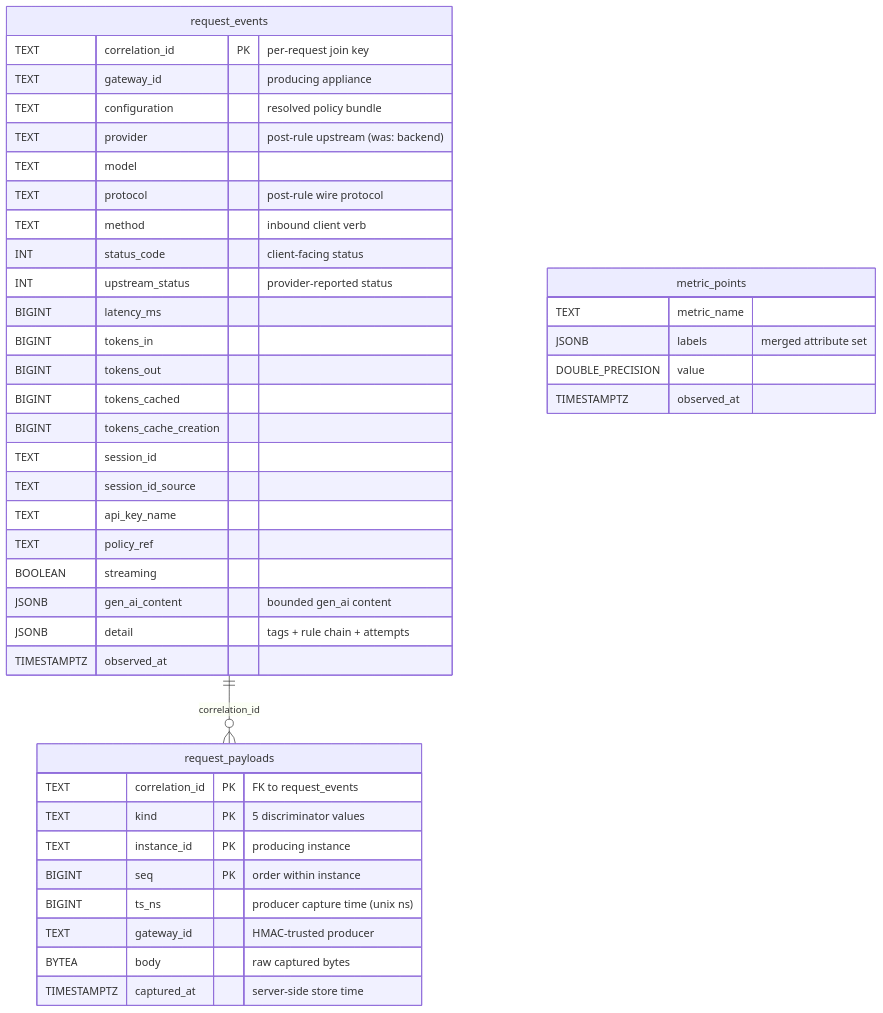
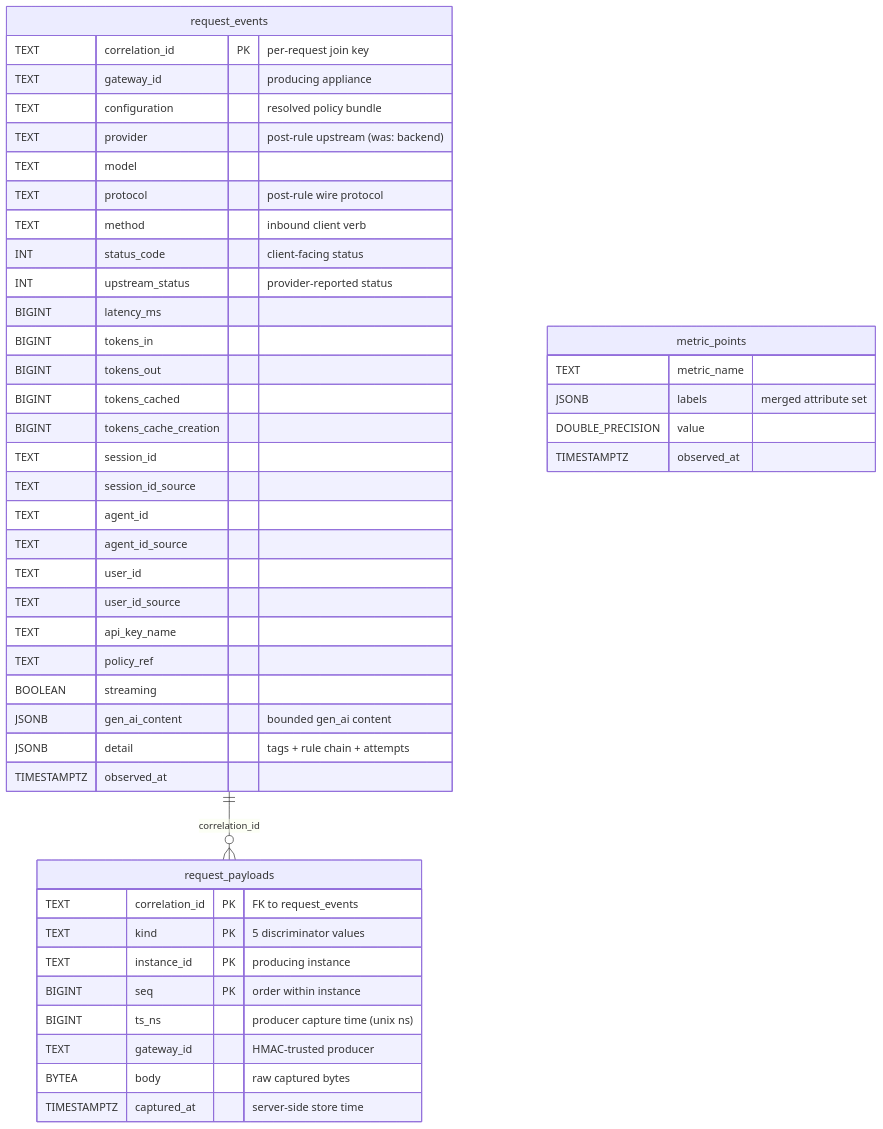
The first of 2 diagrams in docs/telemetry-database-schema.md (andyjmorgan/slipspace-gateway), drawn with Mermaid before and after one commit. The commit also changed other lines of this file and 41 other files, not shown here.

First line of the commit message:
feat(observability): add configurable agent id + user id (request-identity headers) (#271)

````diff
--- a/docs/telemetry-database-schema.md
+++ b/docs/telemetry-database-schema.md
@@ -36,44 +36,48 @@
 ```mermaid
 erDiagram
     request_events ||--o{ request_payloads : "correlation_id"
     request_events {
         TEXT        correlation_id PK "per-request join key"
         TEXT        gateway_id "producing appliance"
         TEXT        configuration "resolved policy bundle"
         TEXT        provider "post-rule upstream (was: backend)"
         TEXT        model
         TEXT        protocol "post-rule wire protocol"
         TEXT        method "inbound client verb"
         INT         status_code "client-facing status"
         INT         upstream_status "provider-reported status"
         BIGINT      latency_ms
         BIGINT      tokens_in
         BIGINT      tokens_out
         BIGINT      tokens_cached
         BIGINT      tokens_cache_creation
         TEXT        session_id
         TEXT        session_id_source
+        TEXT        agent_id
+        TEXT        agent_id_source
+        TEXT        user_id
+        TEXT        user_id_source
         TEXT        api_key_name
         TEXT        policy_ref
         BOOLEAN     streaming
         JSONB       gen_ai_content "bounded gen_ai content"
         JSONB       detail "tags + rule chain + attempts"
         TIMESTAMPTZ observed_at
     }
     request_payloads {
         TEXT        correlation_id PK "FK to request_events"
         TEXT        kind PK "5 discriminator values"
         TEXT        instance_id PK "producing instance"
         BIGINT      seq PK "order within instance"
         BIGINT      ts_ns "producer capture time (unix ns)"
         TEXT        gateway_id "HMAC-trusted producer"
         BYTEA       body "raw captured bytes"
         TIMESTAMPTZ captured_at "server-side store time"
     }
     metric_points {
         TEXT             metric_name
         JSONB            labels "merged attribute set"
         DOUBLE_PRECISION value
         TIMESTAMPTZ      observed_at
     }
 ```
````
